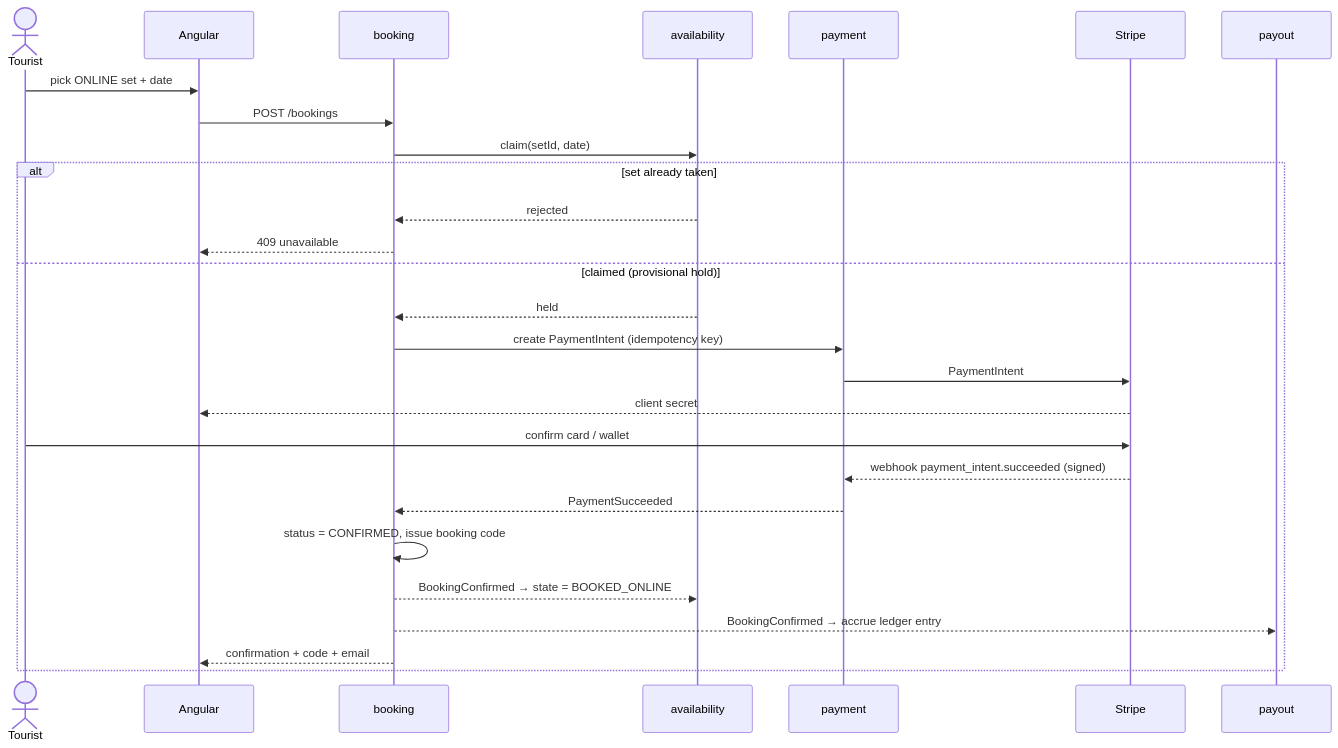
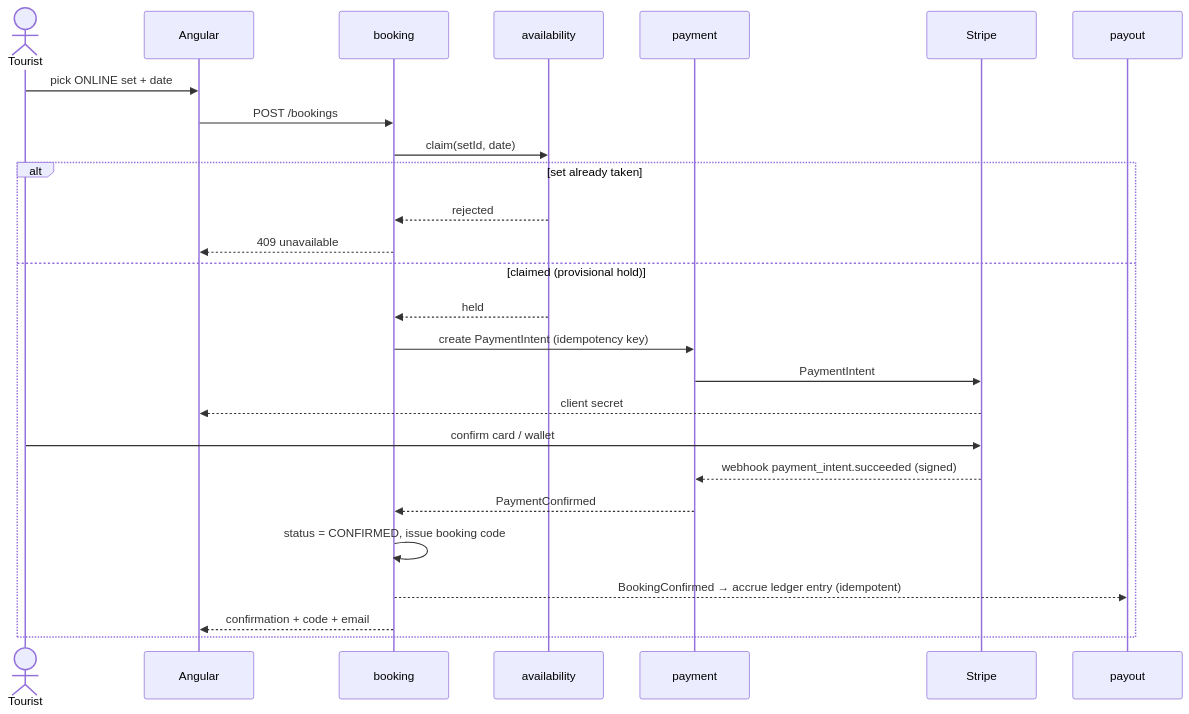
One commit to ivopogace/riviera-sunbed-booking changed the ninth of 12 diagrams in docs/architecture/domain-model.md. Above: the diagram before and after it, drawn with Mermaid. The commit also changed other lines of this file and 10 other files, not shown here.

````diff
--- a/docs/architecture/domain-model.md
+++ b/docs/architecture/domain-model.md
@@ -365,30 +383,29 @@
 ```mermaid
 sequenceDiagram
     actor T as Tourist
     participant FE as Angular
     participant B as booking
     participant A as availability
     participant P as payment
     participant S as Stripe
     participant L as payout
 
     T->>FE: pick ONLINE set + date
     FE->>B: POST /bookings
     B->>A: claim(setId, date)
     alt set already taken
         A-->>B: rejected
         B-->>FE: 409 unavailable
     else claimed (provisional hold)
         A-->>B: held
         B->>P: create PaymentIntent (idempotency key)
         P->>S: PaymentIntent
         S-->>FE: client secret
         T->>S: confirm card / wallet
         S-->>P: webhook payment_intent.succeeded (signed)
-        P-->>B: PaymentSucceeded
+        P-->>B: PaymentConfirmed
         B->>B: status = CONFIRMED, issue booking code
-        B-->>A: BookingConfirmed → state = BOOKED_ONLINE
-        B-->>L: BookingConfirmed → accrue ledger entry
+        B-->>L: BookingConfirmed → accrue ledger entry (idempotent)
         B-->>FE: confirmation + code + email
     end
 ```
````
